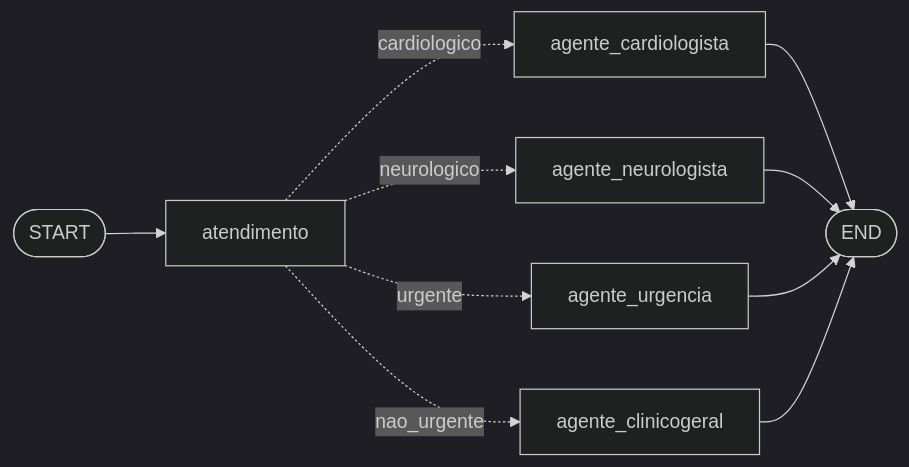
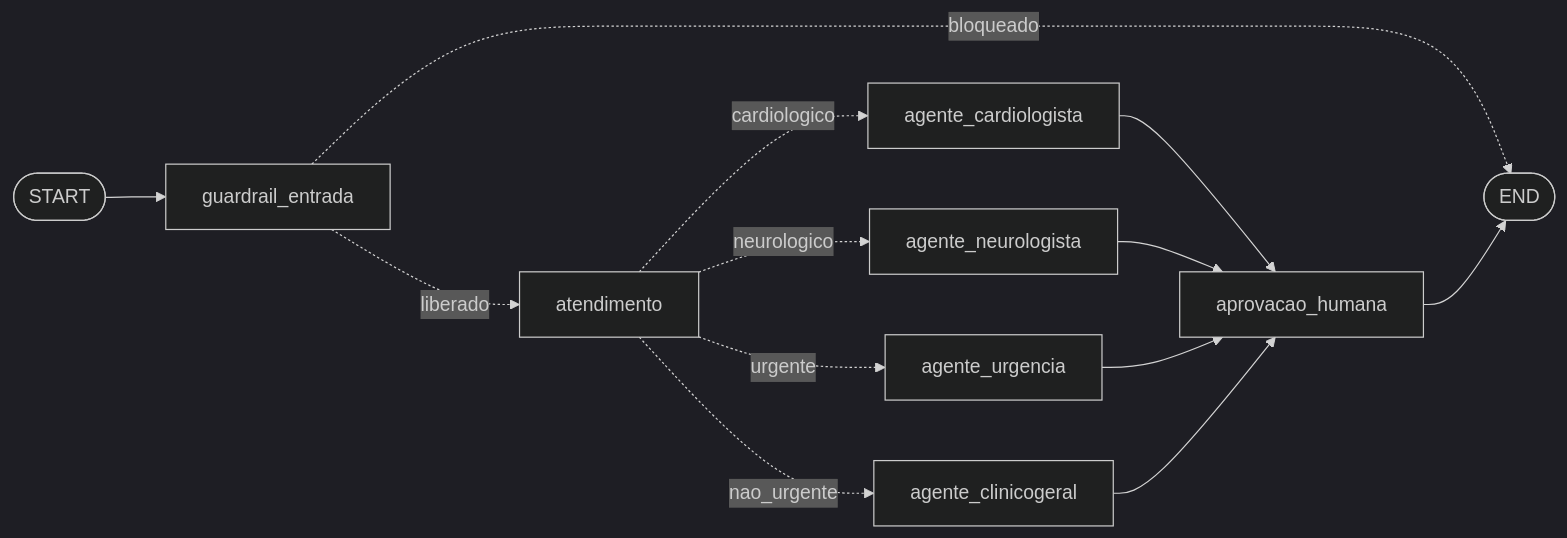
One commit to ivestulio/susia changed the diagram in README.md. Above: the diagram before and after it, drawn with Mermaid (dark theme). The commit also changed other lines of this file and 8 other files, not shown here.

First line of the commit message:
feat(agent): aprovacao humana do parecer

````diff
--- a/README.md
+++ b/README.md
@@ -18,12 +18,15 @@
 ```mermaid
 graph LR
-    START([START]) --> atendimento
+    START([START]) --> guardrail_entrada
+    guardrail_entrada -. bloqueado .-> FIM([END])
+    guardrail_entrada -. liberado .-> atendimento
     atendimento -. cardiologico .-> agente_cardiologista
     atendimento -. neurologico .-> agente_neurologista
     atendimento -. urgente .-> agente_urgencia
     atendimento -. nao_urgente .-> agente_clinicogeral
-    agente_cardiologista --> FIM([END])
-    agente_neurologista --> FIM
-    agente_urgencia --> FIM
-    agente_clinicogeral --> FIM
+    agente_cardiologista --> aprovacao_humana
+    agente_neurologista --> aprovacao_humana
+    agente_urgencia --> aprovacao_humana
+    agente_clinicogeral --> aprovacao_humana
+    aprovacao_humana --> FIM
 ```
````
